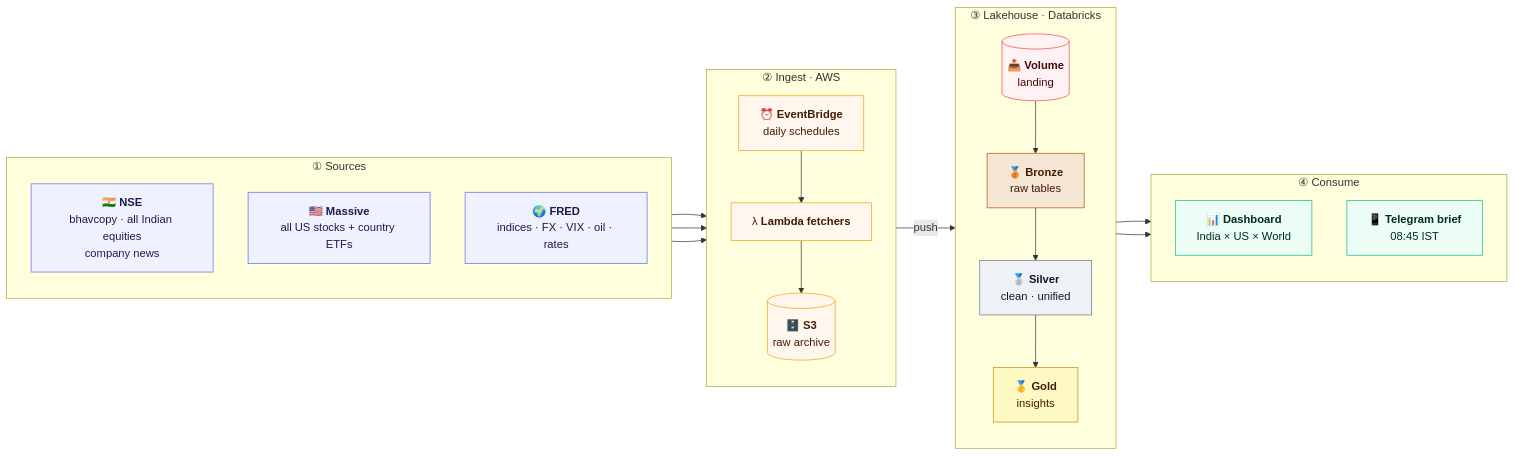
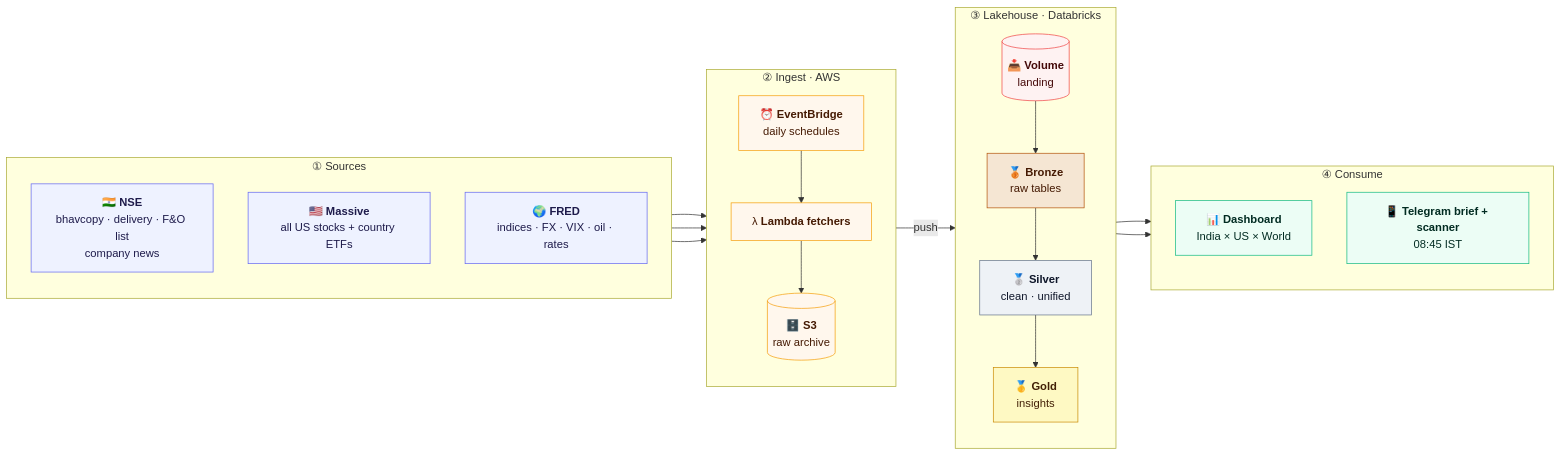
One commit to bumblebee26/stocks_lakehouse changed the diagram in docs/diagrams/01_overview.mmd. Above: the diagram before and after it, drawn with Mermaid. The commit also changed 15 other files, not shown here.

First line of the commit message:
Docs: scanner tables, delivery and F&O fetchers, news sources, freshness messages in lineage, data model, troubleshooting, diagrams (#44)

```diff
--- a/docs/diagrams/01_overview.mmd
+++ b/docs/diagrams/01_overview.mmd
@@ -1,52 +1,52 @@
 flowchart LR
     subgraph S["① Sources"]
         direction TB
-        NSE["🇮🇳 <b>NSE</b><br/>bhavcopy · all Indian equities<br/>company news"]
+        NSE["🇮🇳 <b>NSE</b><br/>bhavcopy · delivery · F&amp;O list<br/>company news"]
         MAS["🇺🇸 <b>Massive</b><br/>all US stocks + country ETFs"]
         FRED["🌍 <b>FRED</b><br/>indices · FX · VIX · oil · rates"]
     end
 
     subgraph I["② Ingest · AWS"]
         direction TB
         SCH["⏰ <b>EventBridge</b><br/>daily schedules"]
         LAM["λ <b>Lambda fetchers</b>"]
         S3[("🗄️ <b>S3</b><br/>raw archive")]
         SCH --> LAM --> S3
     end
 
     subgraph L["③ Lakehouse · Databricks"]
         direction TB
         VOL[("📥 <b>Volume</b><br/>landing")]
         BR["🥉 <b>Bronze</b><br/>raw tables"]
         SI["🥈 <b>Silver</b><br/>clean · unified"]
         GO["🥇 <b>Gold</b><br/>insights"]
         VOL --> BR --> SI --> GO
     end
 
     subgraph O["④ Consume"]
         direction TB
         DASH["📊 <b>Dashboard</b><br/>India × US × World"]
-        TG["📱 <b>Telegram brief</b><br/>08:45 IST"]
+        TG["📱 <b>Telegram brief + scanner</b><br/>08:45 IST"]
     end
 
     NSE --> LAM
     MAS --> LAM
     FRED --> LAM
     LAM -- "push" --> VOL
     GO --> DASH
     GO --> TG
 
     classDef src fill:#eef2ff,stroke:#6366f1,color:#1e1b4b
     classDef aws fill:#fff7ed,stroke:#f59e0b,color:#451a03
     classDef dbx fill:#fef2f2,stroke:#ef4444,color:#450a0a
     classDef bronze fill:#f5e6d3,stroke:#b45309,color:#451a03
     classDef silver fill:#eef2f6,stroke:#64748b,color:#0f172a
     classDef gold fill:#fef9c3,stroke:#ca8a04,color:#422006
     classDef out fill:#ecfdf5,stroke:#10b981,color:#022c22
     class NSE,MAS,FRED src
     class SCH,LAM,S3 aws
     class VOL dbx
     class BR bronze
     class SI silver
     class GO gold
     class DASH,TG out
```
